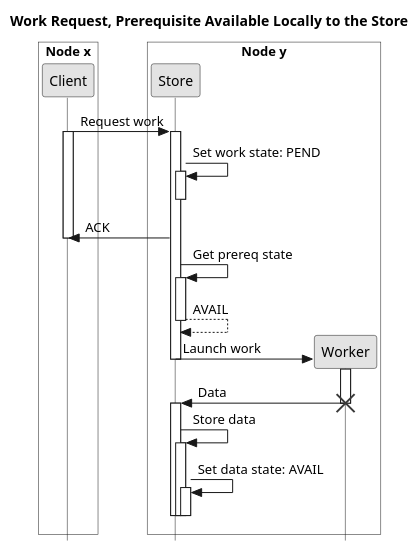
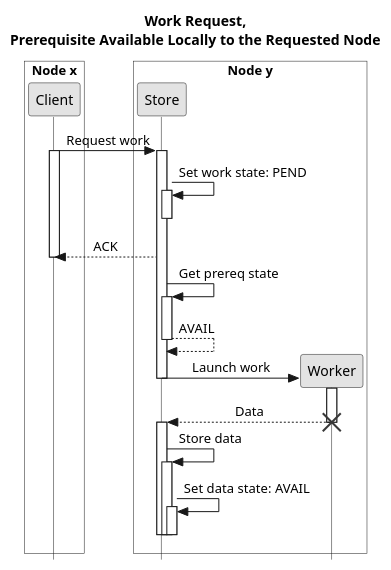
The diagram in img/comm-la.puml (jcai849/phd), drawn with PlantUML before and after one commit. The commit also changed 3 other files, not shown here.

Commit message:
improve formatting of comm diagrams

```diff
--- a/img/comm-la.puml
+++ b/img/comm-la.puml
@@ -1,33 +1,34 @@
 @startuml
 skinparam monochrome true
 skinparam shadowing false
 skinparam style strictuml
 skinparam LifelineStrategy nosolid
-title Work Request, Prerequisite Available Locally to the Store
+skinparam sequenceMessageAlign center
+title Work Request,\nPrerequisite Available Locally to the Requested Node
 
 box "Node x" #ffffff
 participant Client as client
 end box
 box "Node y" #ffffff
 participant Store as store
 participant Worker as worker
 end box
 
 client -> store ++: Request work
 activate client
 store -> store ++--: Set work state: PEND
-store -> client: ACK
+store --> client: ACK
 deactivate client
 store -> store ++: Get prereq state
 return AVAIL
 store -> worker **: Launch work
 deactivate store
 activate worker
-worker -> store: Data
+return Data
 destroy worker
 activate store
 store -> store ++: Store data
 store -> store ++--: Set data state: AVAIL
 deactivate store
 deactivate store
 @enduml
```
